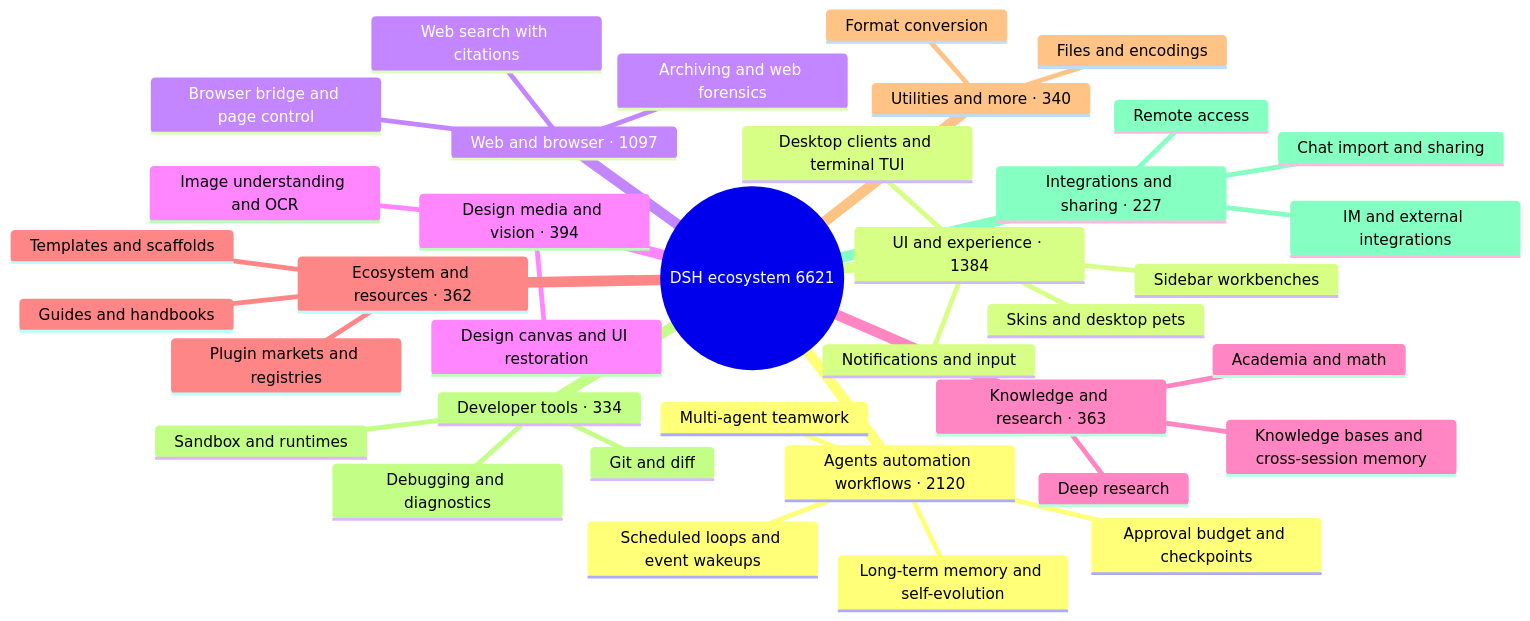
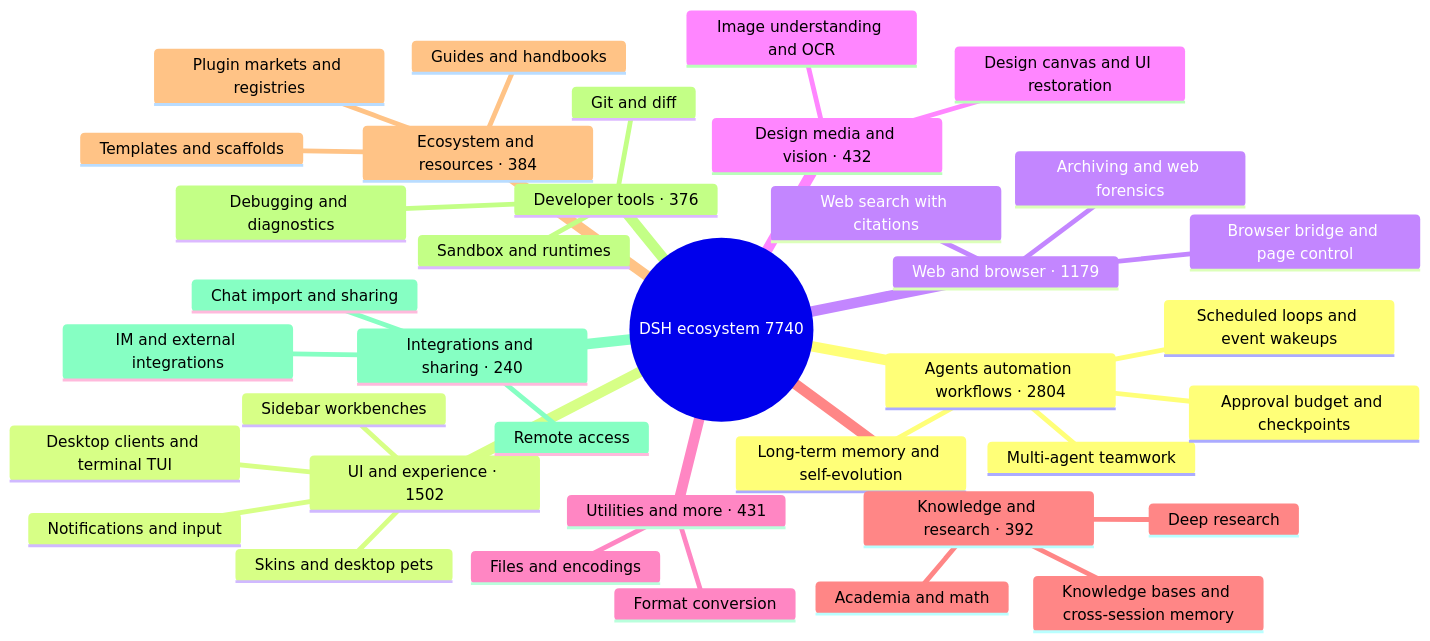
One commit to bruc3van/awesome-dsh-plugin changed the diagram in README_EN.md. Above: the diagram before and after it, drawn with Mermaid. The commit also changed other lines of this file and 9 other files, not shown here.

````diff
--- a/README_EN.md
+++ b/README_EN.md
@@ -33,40 +33,40 @@
 ```mermaid
 mindmap
-  root((DSH ecosystem 6621))
-    Agents automation workflows · 2120
+  root((DSH ecosystem 7740))
+    Agents automation workflows · 2804
       Scheduled loops and event wakeups
       Multi-agent teamwork
       Long-term memory and self-evolution
       Approval budget and checkpoints
-    UI and experience · 1384
+    UI and experience · 1502
       Desktop clients and terminal TUI
       Sidebar workbenches
       Skins and desktop pets
       Notifications and input
-    Web and browser · 1097
+    Web and browser · 1179
       Browser bridge and page control
       Web search with citations
       Archiving and web forensics
-    Design media and vision · 394
+    Design media and vision · 432
       Image understanding and OCR
       Design canvas and UI restoration
-    Knowledge and research · 363
+    Utilities and more · 431
+      Files and encodings
+      Format conversion
+    Knowledge and research · 392
       Knowledge bases and cross-session memory
       Deep research
       Academia and math
-    Ecosystem and resources · 362
+    Ecosystem and resources · 384
       Plugin markets and registries
       Templates and scaffolds
       Guides and handbooks
-    Utilities and more · 340
-      Files and encodings
-      Format conversion
-    Developer tools · 334
+    Developer tools · 376
       Git and diff
       Sandbox and runtimes
       Debugging and diagnostics
-    Integrations and sharing · 227
+    Integrations and sharing · 240
       Chat import and sharing
       Remote access
       IM and external integrations
 ```
````
